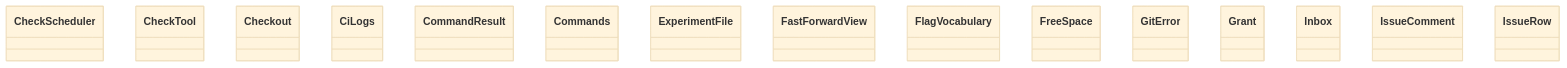
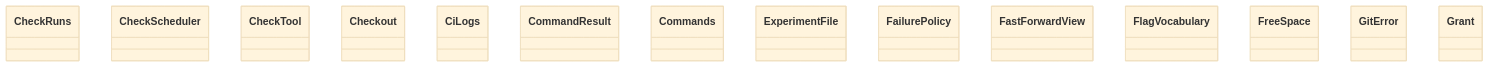
The diagram in docs/architecture/generated/classes-process-application-support-2.md (GonzaloZevallos/agentic-system), drawn with Mermaid (base theme) before and after one commit. The commit also changed other lines of this file and 26 other files, not shown here.

````diff
--- a/docs/architecture/generated/classes-process-application-support-2.md
+++ b/docs/architecture/generated/classes-process-application-support-2.md
@@ -18,18 +19,17 @@
 ```mermaid
 classDiagram
+    class ports__CheckRuns["CheckRuns"]
     class ports__CheckScheduler["CheckScheduler"]
     class ports__CheckTool["CheckTool"]
     class ports__Checkout["Checkout"]
     class ports__CiLogs["CiLogs"]
     class ports__CommandResult["CommandResult"]
     class ports__Commands["Commands"]
     class ports__ExperimentFile["ExperimentFile"]
+    class ports__FailurePolicy["FailurePolicy"]
     class ports__FastForwardView["FastForwardView"]
     class ports__FlagVocabulary["FlagVocabulary"]
     class ports__FreeSpace["FreeSpace"]
     class ports__GitError["GitError"]
     class ports__Grant["Grant"]
-    class ports__Inbox["Inbox"]
-    class ports__IssueComment["IssueComment"]
-    class ports__IssueRow["IssueRow"]
 ```
````
